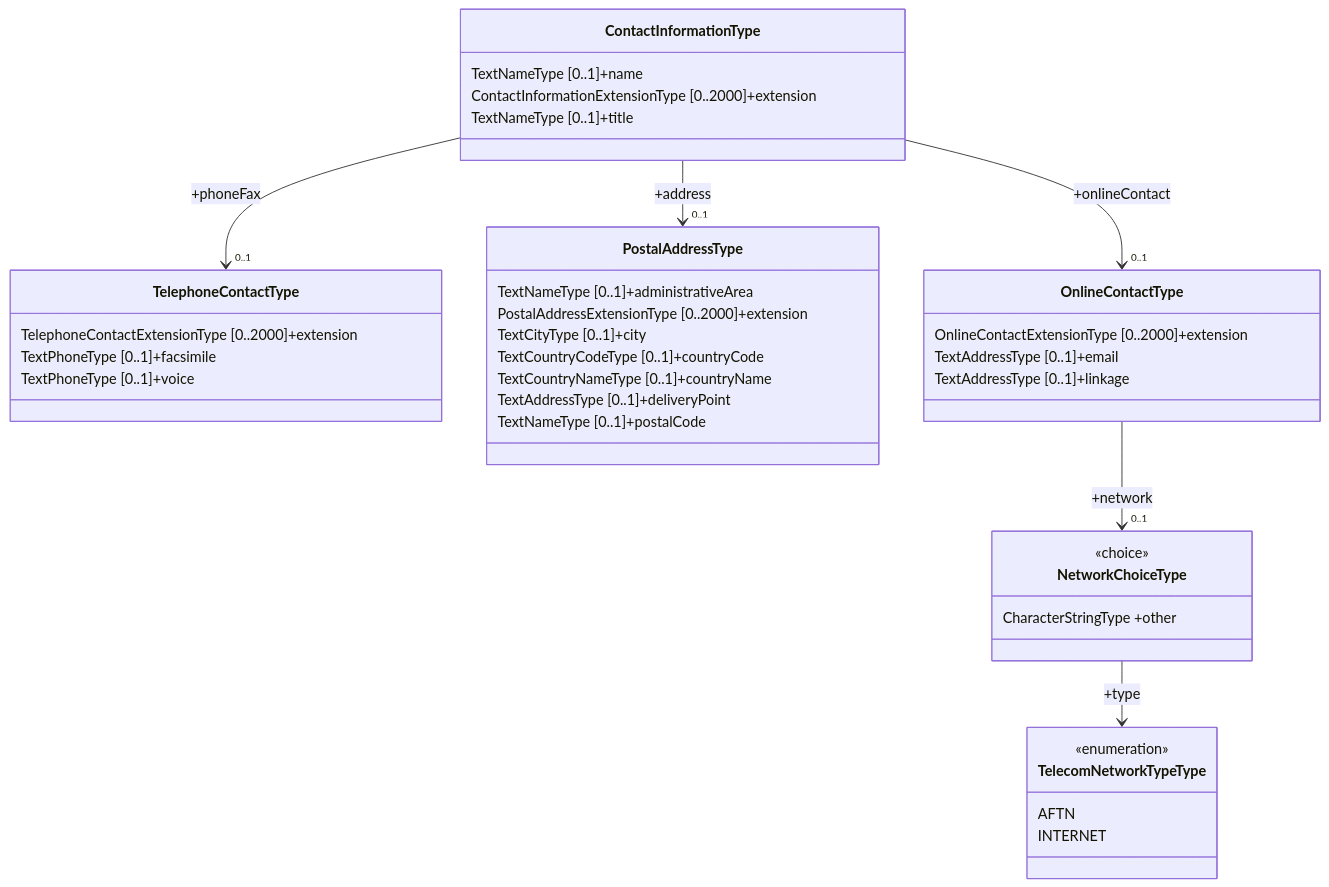
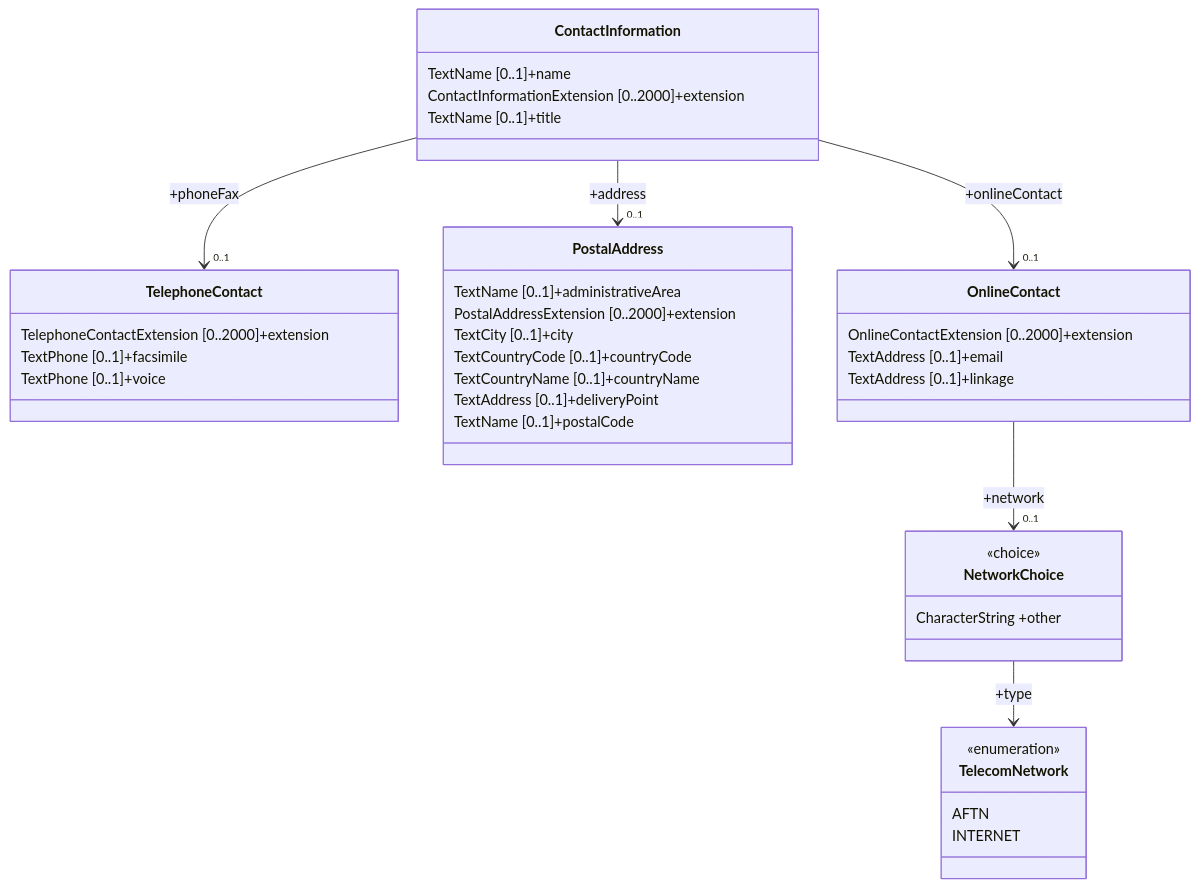
The diagram in docs/fixm/FIXM_UML_in_mermaid.md (du-lapin/test_docsify), drawn with Mermaid before and after one commit. The commit also changed other lines of this file, not shown here.

````diff
--- a/docs/fixm/FIXM_UML_in_mermaid.md
+++ b/docs/fixm/FIXM_UML_in_mermaid.md
@@ -5,41 +5,41 @@
 ```mermaid
 classDiagram
-class ContactInformationType
-ContactInformationType : TextNameType [0..1]+name
-ContactInformationType : ContactInformationExtensionType [0..2000]+extension
-%% ContactInformationType : PostalAddressType [0..1]+address
-%% ContactInformationType : OnlineContactType [0..2000]+onlineContact
-%% ContactInformationType : TelephoneContactType [0..1]+phoneFax
-ContactInformationType : TextNameType [0..1]+title
-class TelephoneContactType
-TelephoneContactType : TelephoneContactExtensionType [0..2000]+extension
-TelephoneContactType : TextPhoneType [0..1]+facsimile
-TelephoneContactType : TextPhoneType [0..1]+voice
-class PostalAddressType
-PostalAddressType : TextNameType [0..1]+administrativeArea
-PostalAddressType : PostalAddressExtensionType [0..2000]+extension
-PostalAddressType : TextCityType [0..1]+city
-PostalAddressType : TextCountryCodeType [0..1]+countryCode
-PostalAddressType : TextCountryNameType [0..1]+countryName
-PostalAddressType : TextAddressType [0..1]+deliveryPoint
-PostalAddressType : TextNameType [0..1]+postalCode
-class OnlineContactType
-OnlineContactType : OnlineContactExtensionType [0..2000]+extension
-OnlineContactType : TextAddressType [0..1]+email
-OnlineContactType : TextAddressType [0..1]+linkage
-%% OnlineContactType : NetworkChoiceType [0..1]+network
-class NetworkChoiceType
-<<choice>> NetworkChoiceType
-NetworkChoiceType : CharacterStringType +other
-%% NetworkChoiceType : TelecomNetworkTypeType +type
-class TelecomNetworkTypeType{
+class ContactInformation
+ContactInformation : TextName [0..1]+name
+ContactInformation : ContactInformationExtension [0..2000]+extension
+%% ContactInformation : PostalAddress [0..1]+address
+%% ContactInformation : OnlineContact [0..2000]+onlineContact
+%% ContactInformation : TelephoneContact [0..1]+phoneFax
+ContactInformation : TextName [0..1]+title
+class TelephoneContact
+TelephoneContact : TelephoneContactExtension [0..2000]+extension
+TelephoneContact : TextPhone [0..1]+facsimile
+TelephoneContact : TextPhone [0..1]+voice
+class PostalAddress
+PostalAddress : TextName [0..1]+administrativeArea
+PostalAddress : PostalAddressExtension [0..2000]+extension
+PostalAddress : TextCity [0..1]+city
+PostalAddress : TextCountryCode [0..1]+countryCode
+PostalAddress : TextCountryName [0..1]+countryName
+PostalAddress : TextAddress [0..1]+deliveryPoint
+PostalAddress : TextName [0..1]+postalCode
+class OnlineContact
+OnlineContact : OnlineContactExtension [0..2000]+extension
+OnlineContact : TextAddress [0..1]+email
+OnlineContact : TextAddress [0..1]+linkage
+%% OnlineContact : NetworkChoice [0..1]+network
+class NetworkChoice
+<<choice>> NetworkChoice
+NetworkChoice : CharacterString +other
+%% NetworkChoice : TelecomNetwork +type
+class TelecomNetwork{
 <<enumeration>>
 AFTN
 INTERNET
 }
-ContactInformationType --> "0..1" TelephoneContactType : +phoneFax
-ContactInformationType --> "0..1" PostalAddressType : +address
-ContactInformationType --> "0..1" OnlineContactType : +onlineContact
-OnlineContactType --> "0..1" NetworkChoiceType : +network
-NetworkChoiceType --> TelecomNetworkTypeType : +type
+ContactInformation --> "0..1" TelephoneContact : +phoneFax
+ContactInformation --> "0..1" PostalAddress : +address
+ContactInformation --> "0..1" OnlineContact : +onlineContact
+OnlineContact --> "0..1" NetworkChoice : +network
+NetworkChoice --> TelecomNetwork : +type
 ```
````
